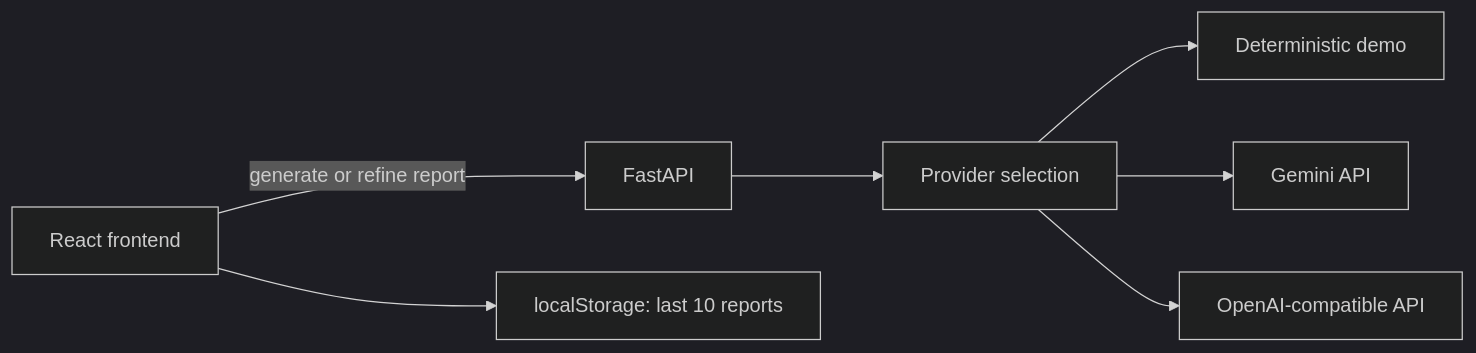
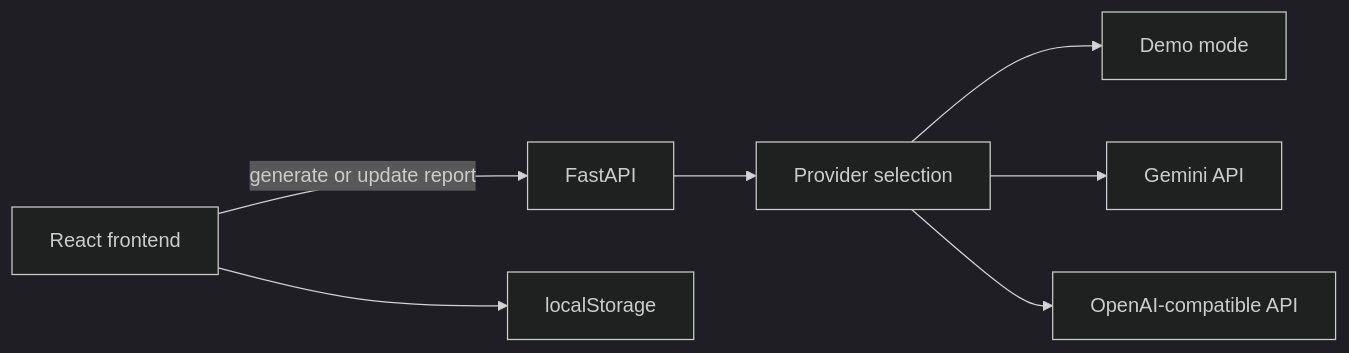
Before and after one commit to kamilkownacki/qa-bug-report-assistant: the diagram in README.md, drawn with Mermaid (dark theme). The commit also changed other lines of this file, not shown here.

````diff
--- a/README.md
+++ b/README.md
@@ -148,9 +138,9 @@
 ```mermaid
 flowchart LR
-  Frontend[React frontend] -->|generate or refine report| API[FastAPI]
+  Frontend[React frontend] -->|generate or update report| API[FastAPI]
   API --> Router[Provider selection]
-  Router --> Demo[Deterministic demo]
+  Router --> Demo[Demo mode]
   Router --> Gemini[Gemini API]
   Router --> OpenAI[OpenAI-compatible API]
-  Frontend --> Storage[localStorage: last 10 reports]
+  Frontend --> Storage[localStorage]
 ```
````
